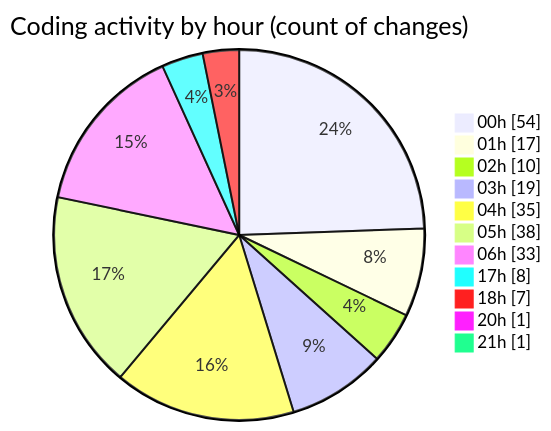
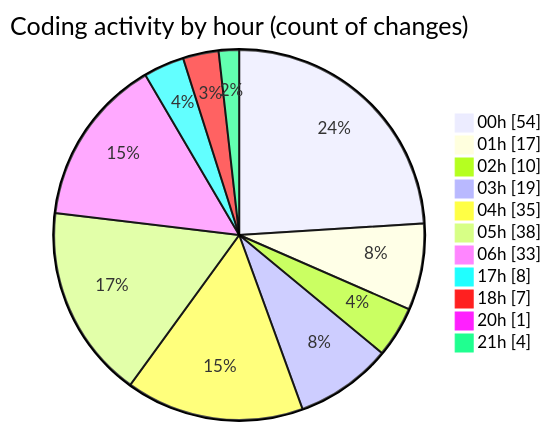
The second of 2 diagrams in 2025-07-26/quanlyrapchieuphim-1/README.md (lephambinh05/code-tracking), drawn with Mermaid before and after one commit. The commit also changed other lines of this file and 1 other file, not shown here.

````diff
--- a/2025-07-26/quanlyrapchieuphim-1/README.md
+++ b/2025-07-26/quanlyrapchieuphim-1/README.md
@@ -53,15 +53,15 @@
 ```mermaid
 pie showData
 title Coding activity by hour (count of changes)
 "00h" : 54
 "01h" : 17
 "02h" : 10
 "03h" : 19
 "04h" : 35
 "05h" : 38
 "06h" : 33
 "17h" : 8
 "18h" : 7
 "20h" : 1
-"21h" : 1
+"21h" : 4
 ```
````
